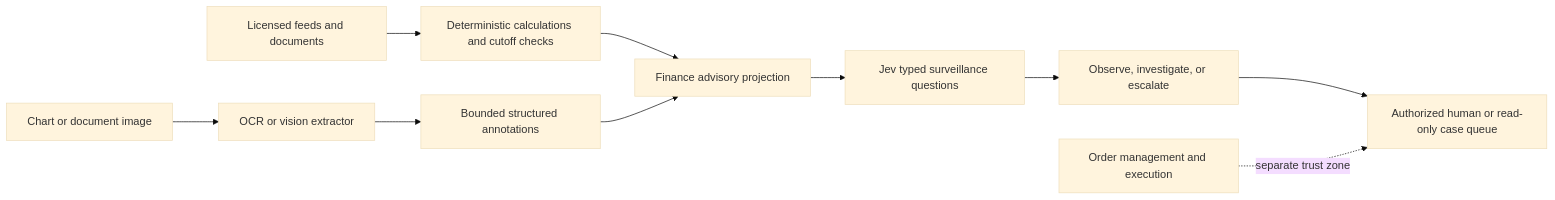
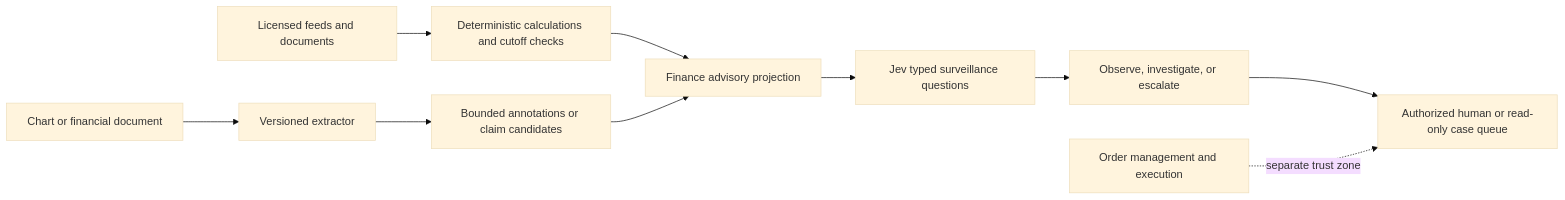
One commit to MokiMeow/jev-fabric changed the diagram in docs/integrations/finance.md. Above: the diagram before and after it, drawn with Mermaid (base theme). The commit also changed other lines of this file and 31 other files, not shown here.

````diff
--- a/docs/integrations/finance.md
+++ b/docs/integrations/finance.md
@@ -16,12 +16,12 @@
 ```mermaid
 flowchart LR
   F[Licensed feeds and documents] --> C[Deterministic calculations and cutoff checks]
-  I[Chart or document image] --> V[OCR or vision extractor]
-  V --> B[Bounded structured annotations]
+  I[Chart or financial document] --> V[Versioned extractor]
+  V --> B[Bounded annotations or claim candidates]
   C --> P[Finance advisory projection]
   B --> P
   P --> J[Jev typed surveillance questions]
   J --> R[Observe, investigate, or escalate]
   R --> H[Authorized human or read-only case queue]
   X[Order management and execution] -. separate trust zone .-> H
 ```
````
